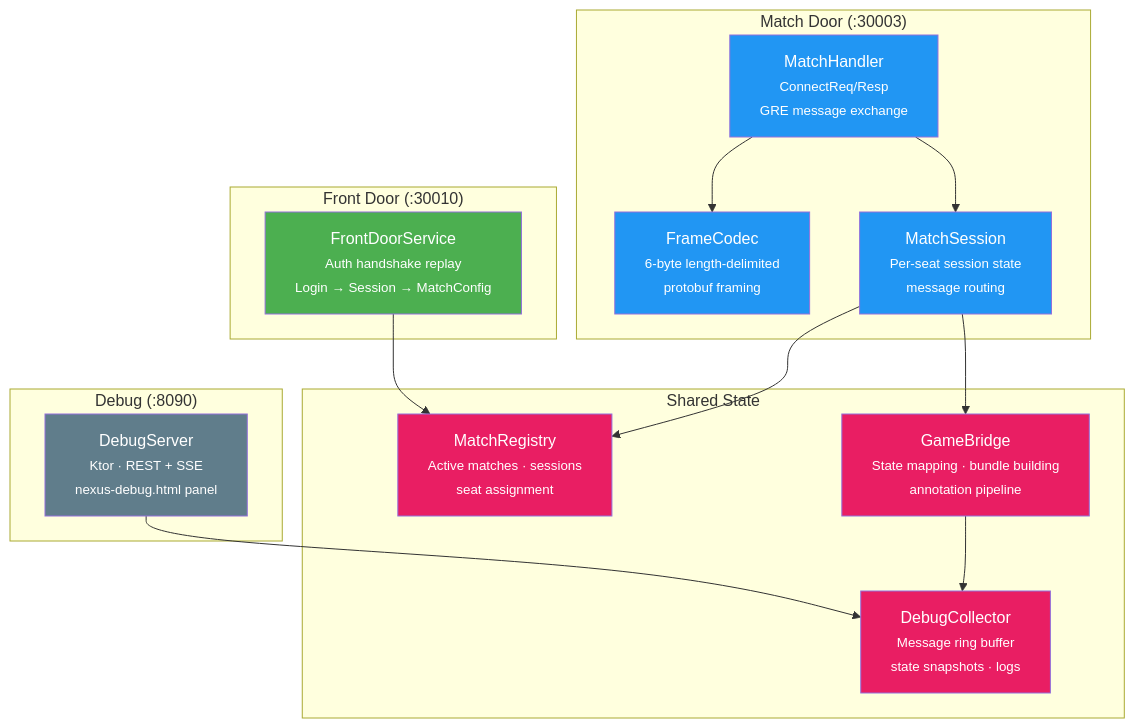
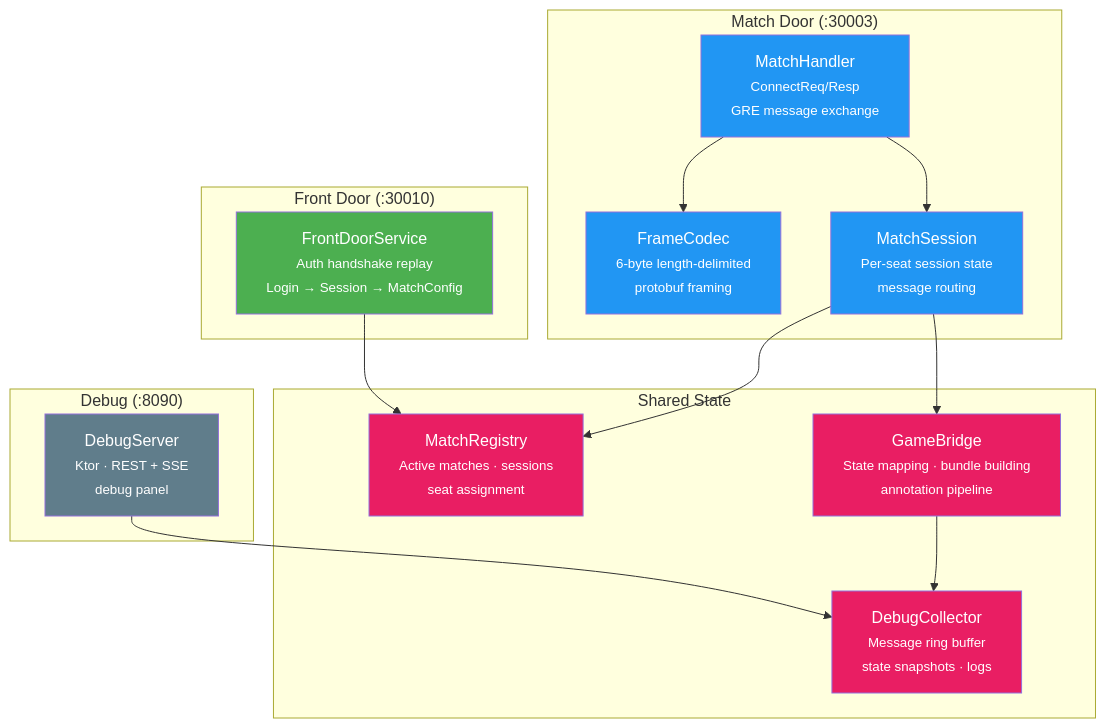
The second of 4 diagrams in docs/architecture.md (delebedev/leyline), drawn with Mermaid before and after one commit. The commit also changed other lines of this file and 12 other files, not shown here.

````diff
--- a/docs/architecture.md
+++ b/docs/architecture.md
@@ -62,39 +62,39 @@
 ```mermaid
 graph TB
     subgraph "Front Door (:30010)"
         FD["FrontDoorService<br/><small>Auth handshake replay<br/>Login → Session → MatchConfig</small>"]
     end
 
     subgraph "Match Door (:30003)"
         MH["MatchHandler<br/><small>ConnectReq/Resp<br/>GRE message exchange</small>"]
         FC["FrameCodec<br/><small>6-byte length-delimited<br/>protobuf framing</small>"]
         MS["MatchSession<br/><small>Per-seat session state<br/>message routing</small>"]
     end
 
     subgraph "Debug (:8090)"
-        DS["DebugServer<br/><small>Ktor · REST + SSE<br/>nexus-debug.html panel</small>"]
+        DS["DebugServer<br/><small>Ktor · REST + SSE<br/>debug panel</small>"]
     end
 
     subgraph "Shared State"
         MR["MatchRegistry<br/><small>Active matches · sessions<br/>seat assignment</small>"]
         GB["GameBridge<br/><small>State mapping · bundle building<br/>annotation pipeline</small>"]
         DC["DebugCollector<br/><small>Message ring buffer<br/>state snapshots · logs</small>"]
     end
 
     FD --> MR
     MH --> FC
     MH --> MS
     MS --> MR
     MS --> GB
     DS --> DC
     GB --> DC
 
     style FD fill:#4caf50,color:#fff
     style MH fill:#2196f3,color:#fff
     style FC fill:#2196f3,color:#fff
     style MS fill:#2196f3,color:#fff
     style DS fill:#607d8b,color:#fff
     style MR fill:#e91e63,color:#fff
     style GB fill:#e91e63,color:#fff
     style DC fill:#e91e63,color:#fff
 ```
````
